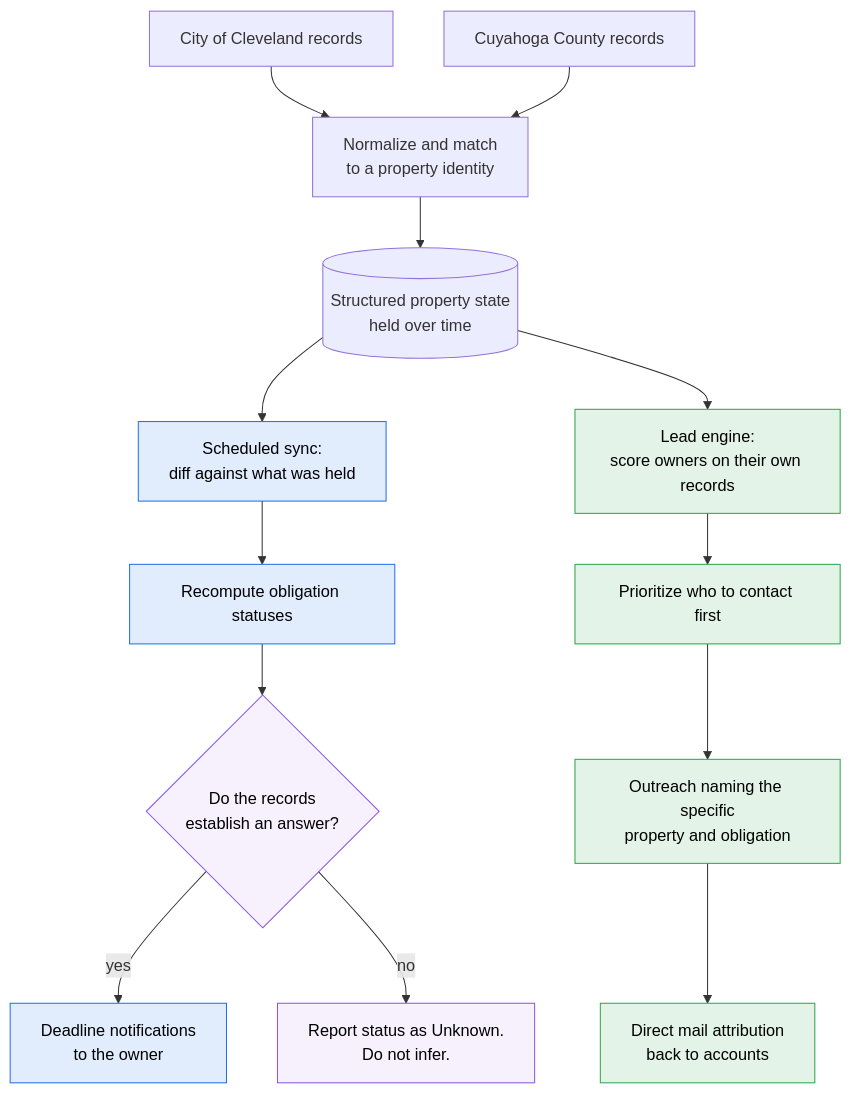
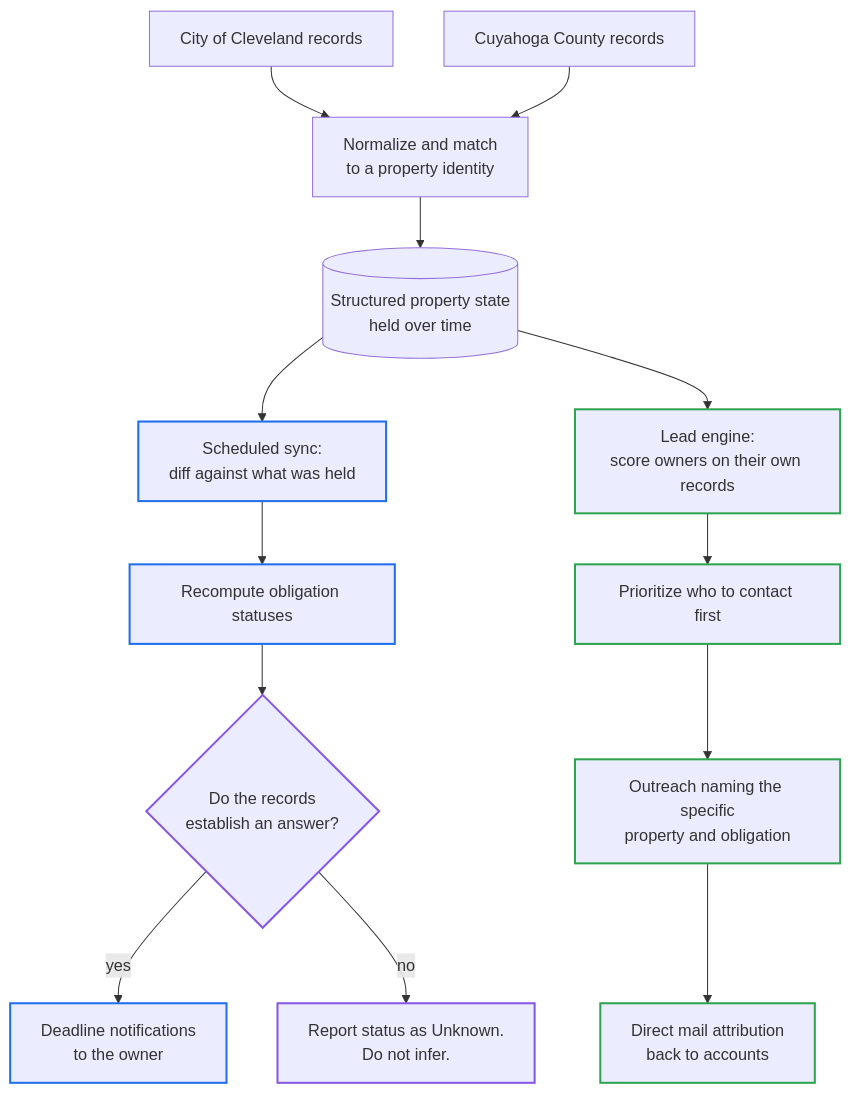
One commit to rentpup/rentpup_architecture changed the diagram in README.md. Above: the diagram before and after it, drawn with Mermaid.

````diff
--- a/README.md
+++ b/README.md
@@ -17,24 +17,28 @@
 ```mermaid
 flowchart TD
   A["City of Cleveland records"] --> N["Normalize and match<br/>to a property identity"]
   B["Cuyahoga County records"] --> N
   N --> S[("Structured property state<br/>held over time")]
 
   S --> D["Scheduled sync:<br/>diff against what was held"]
   D --> O["Recompute obligation statuses"]
   O --> X{"Do the records<br/>establish an answer?"}
   X -->|yes| AL["Deadline notifications<br/>to the owner"]
   X -->|no| U["Report status as Unknown.<br/>Do not infer."]
 
   S --> L["Lead engine:<br/>score owners on their own records"]
   L --> P["Prioritize who to contact first"]
   P --> M["Outreach naming the specific<br/>property and obligation"]
   M --> AT["Direct mail attribution<br/>back to accounts"]
 
-  classDef product fill:#1f6feb22,stroke:#1f6feb,color:inherit
-  classDef growth fill:#2da44e22,stroke:#2da44e,color:inherit
-  classDef refuse fill:#bf8def22,stroke:#8957e5,color:inherit
+  %% Stroke only, never fill or text colour. GitHub renders this diagram in
+  %% whichever theme the reader is using, and a fill that looks right in one
+  %% theme puts dark text on a dark box in the other. Borders carry the
+  %% distinction and the label keeps the theme's own text colour.
+  classDef product stroke:#1f6feb,stroke-width:2px
+  classDef growth stroke:#2da44e,stroke-width:2px
+  classDef refuse stroke:#8957e5,stroke-width:2px
   class D,O,AL product
   class L,P,M,AT growth
   class X,U refuse
 ```
````
